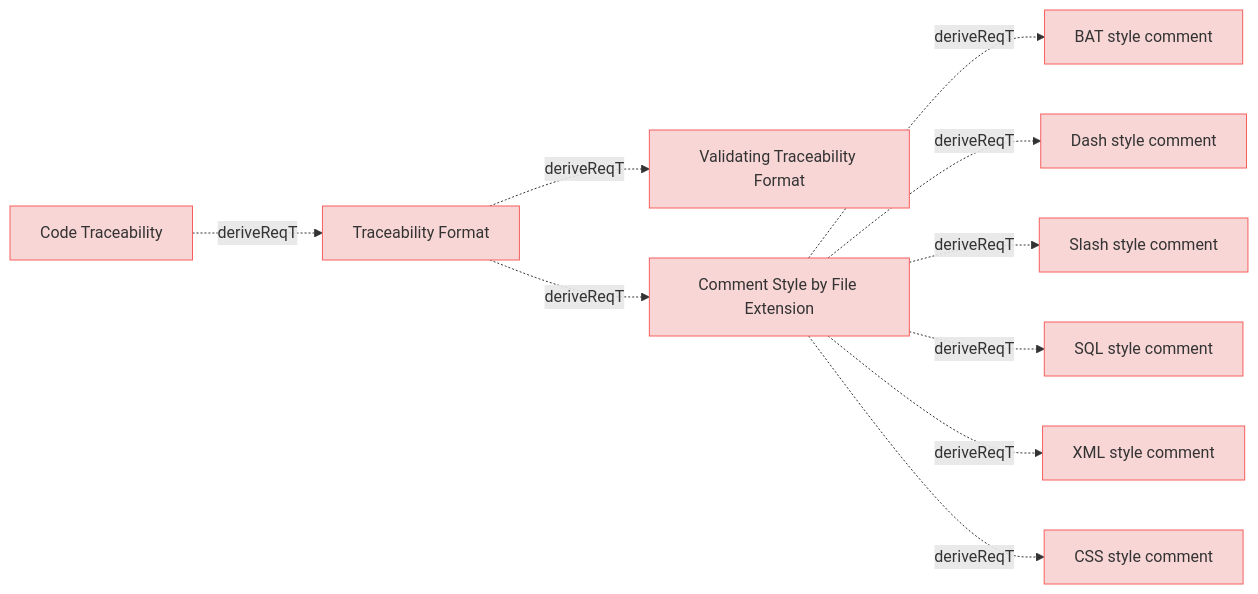
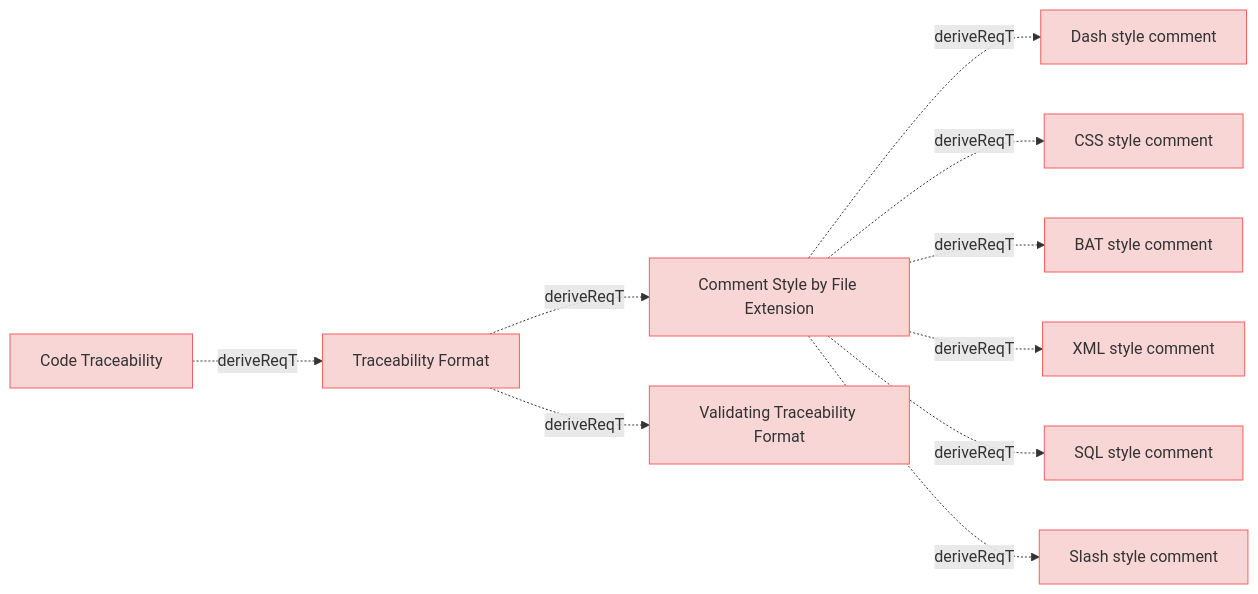
The diagram in specifications/CodeTraecabilityRequirements.md (reqvire-org/reqvire), drawn with Mermaid before and after one commit. The commit also changed other lines of this file and 25 other files, not shown here.

````diff
--- a/specifications/CodeTraecabilityRequirements.md
+++ b/specifications/CodeTraecabilityRequirements.md
@@ -4,49 +4,49 @@
 ```mermaid
 graph LR;
   %% REQVIRE-AUTOGENERATED-DIAGRAM
   %% Graph styling
   classDef userRequirement fill:#f9d6d6,stroke:#f55f5f,stroke-width:1px;
   classDef systemRequirement fill:#fce4e4,stroke:#e68a8a,stroke-width:1px;
   classDef verification fill:#d6f9d6,stroke:#5fd75f,stroke-width:1px;
   classDef default fill:#f5f5f5,stroke:#333333,stroke-width:1px;
 
-  3db41d3530e56596["Validating Traceability Format"];
-  class 3db41d3530e56596 userRequirement;
-  click 3db41d3530e56596 "CodeTraecabilityRequirements.md#validating-traceability-format";
-  7fdde6a23819450b["BAT style comment"];
-  class 7fdde6a23819450b userRequirement;
-  click 7fdde6a23819450b "CodeTraecabilityRequirements.md#bat-style-comment";
+  f4c09ad7359812ff["Comment Style by File Extension"];
+  class f4c09ad7359812ff userRequirement;
+  click f4c09ad7359812ff "CodeTraecabilityRequirements.md#comment-style-by-file-extension";
   be41c3d9e39abe6f["Dash style comment"];
   class be41c3d9e39abe6f userRequirement;
   click be41c3d9e39abe6f "CodeTraecabilityRequirements.md#dash-style-comment";
-  99c4cc438042d855["Slash style comment"];
-  class 99c4cc438042d855 userRequirement;
-  click 99c4cc438042d855 "CodeTraecabilityRequirements.md#slash-style-comment";
-  39fc946195c12956["SQL style comment"];
-  class 39fc946195c12956 userRequirement;
-  click 39fc946195c12956 "CodeTraecabilityRequirements.md#sql-style-comment";
-  474c97b7d0029622["XML style comment"];
-  class 474c97b7d0029622 userRequirement;
-  click 474c97b7d0029622 "CodeTraecabilityRequirements.md#xml-style-comment";
-  9314736a59776478["Traceability Format"];
-  class 9314736a59776478 userRequirement;
-  click 9314736a59776478 "CodeTraecabilityRequirements.md#traceability-format";
-  9314736a59776478 -.->|deriveReqT| 3db41d3530e56596;
-  f4c09ad7359812ff["Comment Style by File Extension"];
-  class f4c09ad7359812ff userRequirement;
-  click f4c09ad7359812ff "CodeTraecabilityRequirements.md#comment-style-by-file-extension";
-  9314736a59776478 -.->|deriveReqT| f4c09ad7359812ff;
-  f4c09ad7359812ff -.->|deriveReqT| 7fdde6a23819450b;
   f4c09ad7359812ff -.->|deriveReqT| be41c3d9e39abe6f;
-  f4c09ad7359812ff -.->|deriveReqT| 99c4cc438042d855;
-  f4c09ad7359812ff -.->|deriveReqT| 39fc946195c12956;
-  f4c09ad7359812ff -.->|deriveReqT| 474c97b7d0029622;
   a91fc474f292f1c9["CSS style comment"];
   class a91fc474f292f1c9 userRequirement;
   click a91fc474f292f1c9 "CodeTraecabilityRequirements.md#css-style-comment";
   f4c09ad7359812ff -.->|deriveReqT| a91fc474f292f1c9;
+  7fdde6a23819450b["BAT style comment"];
+  class 7fdde6a23819450b userRequirement;
+  click 7fdde6a23819450b "CodeTraecabilityRequirements.md#bat-style-comment";
+  f4c09ad7359812ff -.->|deriveReqT| 7fdde6a23819450b;
+  474c97b7d0029622["XML style comment"];
+  class 474c97b7d0029622 userRequirement;
+  click 474c97b7d0029622 "CodeTraecabilityRequirements.md#xml-style-comment";
+  f4c09ad7359812ff -.->|deriveReqT| 474c97b7d0029622;
+  39fc946195c12956["SQL style comment"];
+  class 39fc946195c12956 userRequirement;
+  click 39fc946195c12956 "CodeTraecabilityRequirements.md#sql-style-comment";
+  f4c09ad7359812ff -.->|deriveReqT| 39fc946195c12956;
+  99c4cc438042d855["Slash style comment"];
+  class 99c4cc438042d855 userRequirement;
+  click 99c4cc438042d855 "CodeTraecabilityRequirements.md#slash-style-comment";
+  f4c09ad7359812ff -.->|deriveReqT| 99c4cc438042d855;
+  9314736a59776478["Traceability Format"];
+  class 9314736a59776478 userRequirement;
+  click 9314736a59776478 "CodeTraecabilityRequirements.md#traceability-format";
+  9314736a59776478 -.->|deriveReqT| f4c09ad7359812ff;
+  3db41d3530e56596["Validating Traceability Format"];
+  class 3db41d3530e56596 userRequirement;
+  click 3db41d3530e56596 "CodeTraecabilityRequirements.md#validating-traceability-format";
+  9314736a59776478 -.->|deriveReqT| 3db41d3530e56596;
   26ca72b617aff229["Code Traceability"];
   class 26ca72b617aff229 userRequirement;
   click 26ca72b617aff229 "UserRequirements.md#code-traceability";
   26ca72b617aff229 -.->|deriveReqT| 9314736a59776478;
 ```
````
